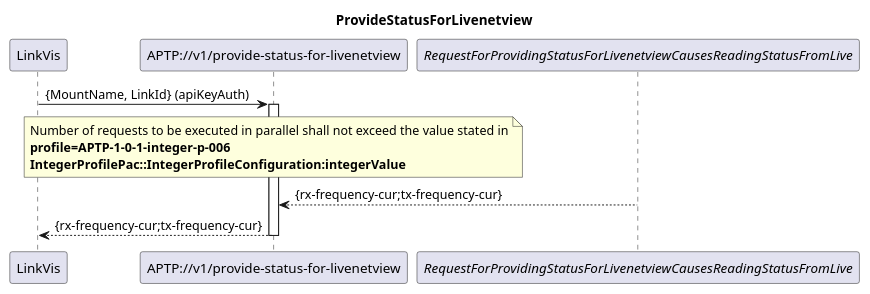
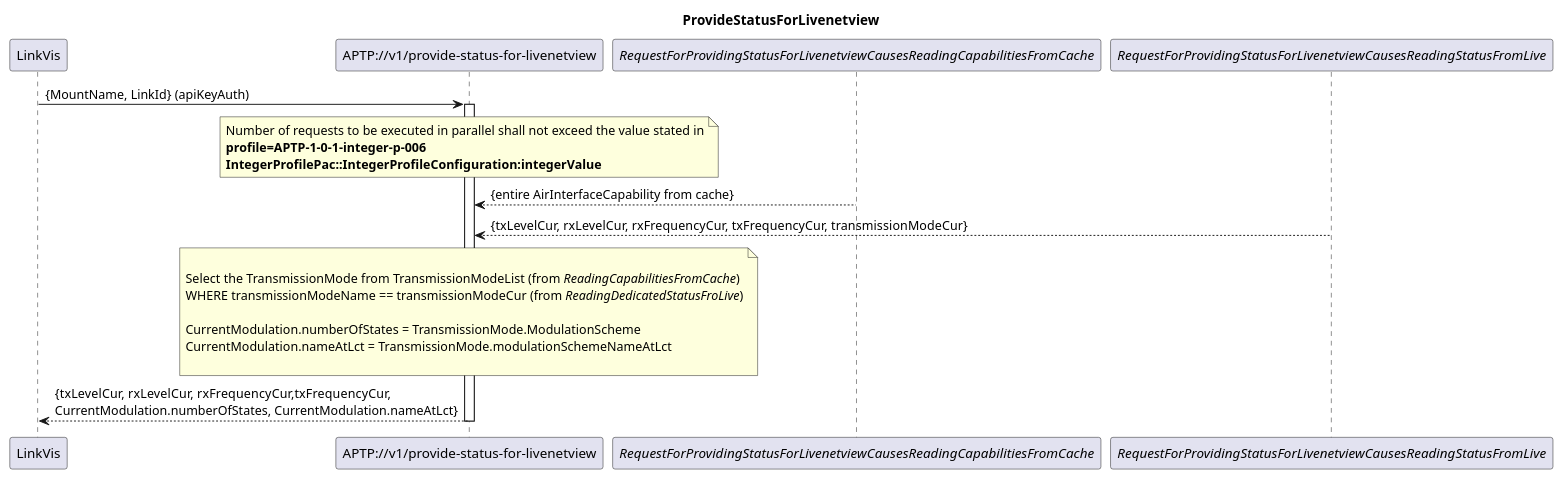
Before and after one commit to openBackhaul/AccessPlanningToolProxy: the diagram in spec/diagrams/ProvideStatusForLivenetview/ProvideStatusForLiveNetview.plantuml, drawn with PlantUML. The commit also changed 9 other files, not shown here.

```diff
--- a/spec/diagrams/ProvideStatusForLivenetview/ProvideStatusForLiveNetview.plantuml
+++ b/spec/diagrams/ProvideStatusForLivenetview/ProvideStatusForLiveNetview.plantuml
@@ -1,29 +1,42 @@
 @startuml ProvideStatusForLivenetview
 skinparam responseMessageBelowArrow true
 
 title
 ProvideStatusForLivenetview
 end title
 
 participant "LinkVis" as LinkVis
 participant "APTP://v1/provide-status-for-livenetview" as APTP_Status
+participant "<i>RequestForProvidingStatusForLivenetviewCausesReadingCapabilitiesFromCache</i>" as ReadingCapa
 participant "<i>RequestForProvidingStatusForLivenetviewCausesReadingStatusFromLive</i>" as ReadingStatusLive
 
 
 LinkVis -> APTP_Status: {MountName, LinkId} (apiKeyAuth)
 
 note over APTP_Status
 Number of requests to be executed in parallel shall not exceed the value stated in
 <b>profile=APTP-1-0-1-integer-p-006</b>
 <b>IntegerProfilePac::IntegerProfileConfiguration:integerValue</b>
 end note
 
 activate APTP_Status
 
-ReadingStatusLive --> APTP_Status: {rx-frequency-cur;tx-frequency-cur}
+ReadingCapa --> APTP_Status: {entire AirInterfaceCapability from cache}
 
-APTP_Status --> LinkVis: {rx-frequency-cur;tx-frequency-cur}
+ReadingStatusLive --> APTP_Status: {txLevelCur, rxLevelCur, rxFrequencyCur, txFrequencyCur, transmissionModeCur}
+
+note over APTP_Status
+
+Select the TransmissionMode from TransmissionModeList (from <i>ReadingCapabilitiesFromCache</i>)
+WHERE transmissionModeName == transmissionModeCur (from <i>ReadingDedicatedStatusFroLive</i>)
+
+CurrentModulation.numberOfStates = TransmissionMode.ModulationScheme
+CurrentModulation.nameAtLct = TransmissionMode.modulationSchemeNameAtLct
+
+end note
+
+APTP_Status --> LinkVis: {txLevelCur, rxLevelCur, rxFrequencyCur,txFrequencyCur, \nCurrentModulation.numberOfStates, CurrentModulation.nameAtLct}
 
 deactivate APTP_Status
 
 @enduml
```
